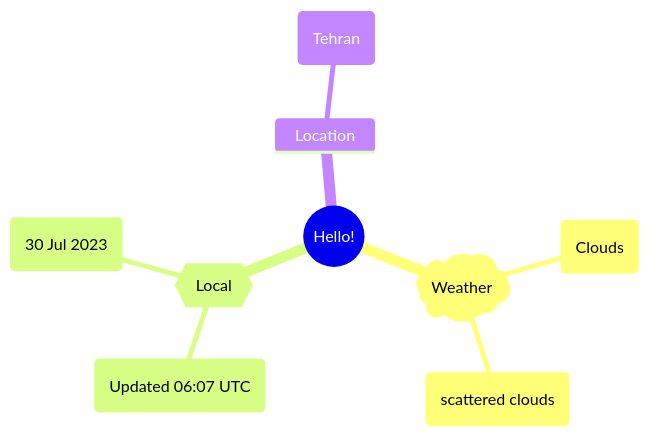
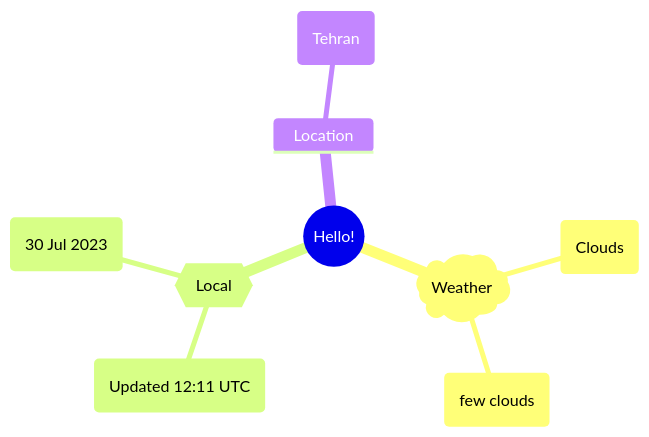
One commit to Xosrov/Xosrov changed the first of 2 diagrams in README.md. Above: the diagram before and after it, drawn with Mermaid.

Commit message:
[bot] updated images

````diff
--- a/README.md
+++ b/README.md
@@ -3,12 +3,12 @@
 ```mermaid
 mindmap
   root((Hello!))
     )Weather(
         (Clouds)
-        (scattered clouds)
+        (few clouds)
     {{Local}}
-        (Updated 06:07 UTC)
+        (Updated 12:11 UTC)
         (30 Jul 2023)
     Location
         (Tehran)
 ```
````
